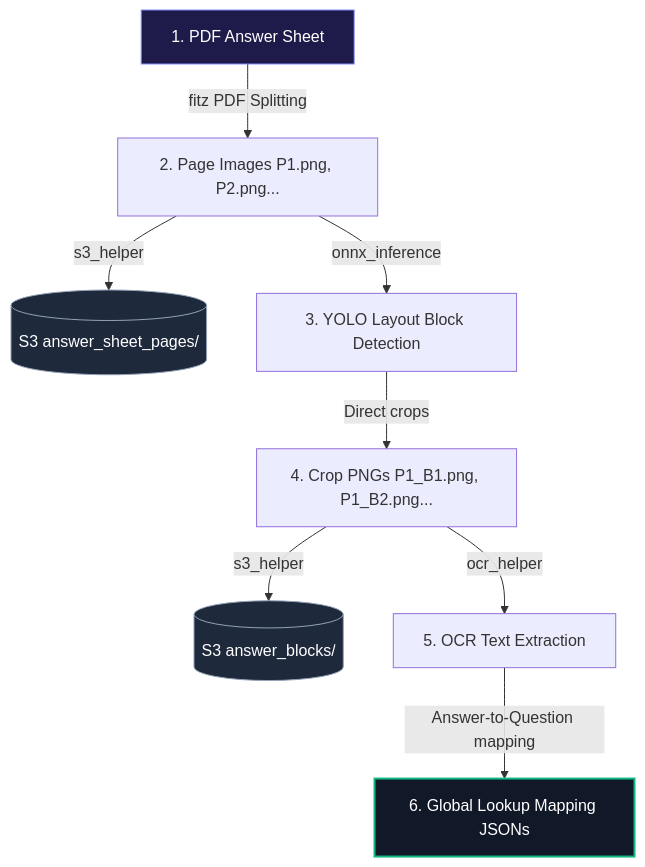
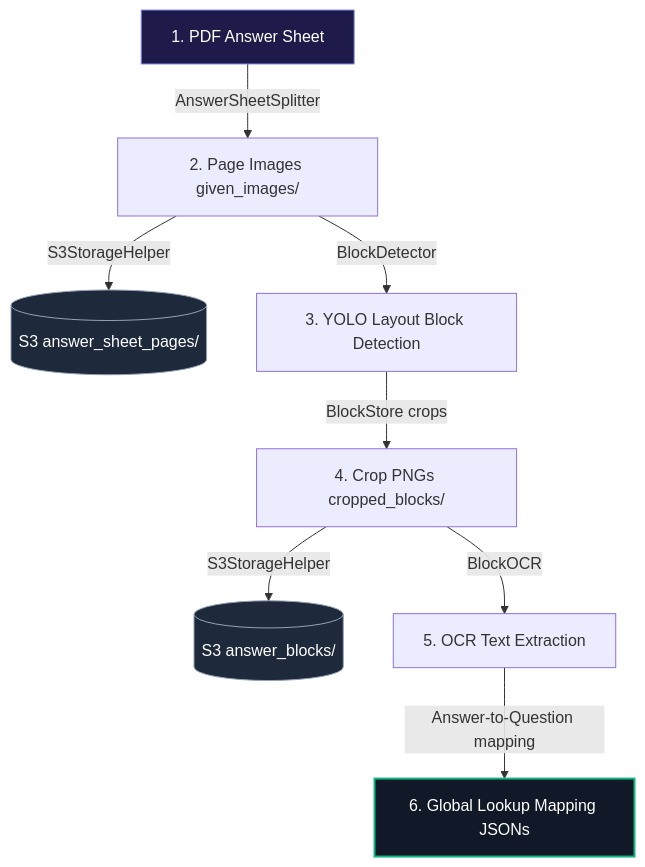
Before and after one commit to Adi56a/yolo11s-doc-layout: the diagram in README.md, drawn with Mermaid. The commit also changed other lines of this file and 17 other files, not shown here.

````diff
--- a/README.md
+++ b/README.md
@@ -45,15 +45,15 @@
 ```mermaid
 flowchart TD
-    PDF[1. PDF Answer Sheet] -->|fitz PDF Splitting| PNGs[2. Page Images P1.png, P2.png...]
-    PNGs -->|s3_helper| S3Pages[(S3 answer_sheet_pages/)]
-    PNGs -->|onnx_inference| YOLO[3. YOLO Layout Block Detection]
-    YOLO -->|Direct crops| Crops[4. Crop PNGs P1_B1.png, P1_B2.png...]
-    Crops -->|s3_helper| S3Blocks[(S3 answer_blocks/)]
-    Crops -->|ocr_helper| OCR[5. OCR Text Extraction]
+    PDF[1. PDF Answer Sheet] -->|AnswerSheetSplitter| PNGs[2. Page Images given_images/]
+    PNGs -->|S3StorageHelper| S3Pages[(S3 answer_sheet_pages/)]
+    PNGs -->|BlockDetector| YOLO[3. YOLO Layout Block Detection]
+    YOLO -->|BlockStore crops| Crops[4. Crop PNGs cropped_blocks/]
+    Crops -->|S3StorageHelper| S3Blocks[(S3 answer_blocks/)]
+    Crops -->|BlockOCR| OCR[5. OCR Text Extraction]
     OCR -->|Answer-to-Question mapping| Maps[6. Global Lookup Mapping JSONs]
     
     style PDF fill:#1e1b4b,stroke:#818cf8,color:#fff
     style S3Pages fill:#1e293b,stroke:#94a3b8,color:#fff
     style S3Blocks fill:#1e293b,stroke:#94a3b8,color:#fff
     style Maps fill:#111827,stroke:#10b981,stroke-width:2px,color:#fff
 ```
````
